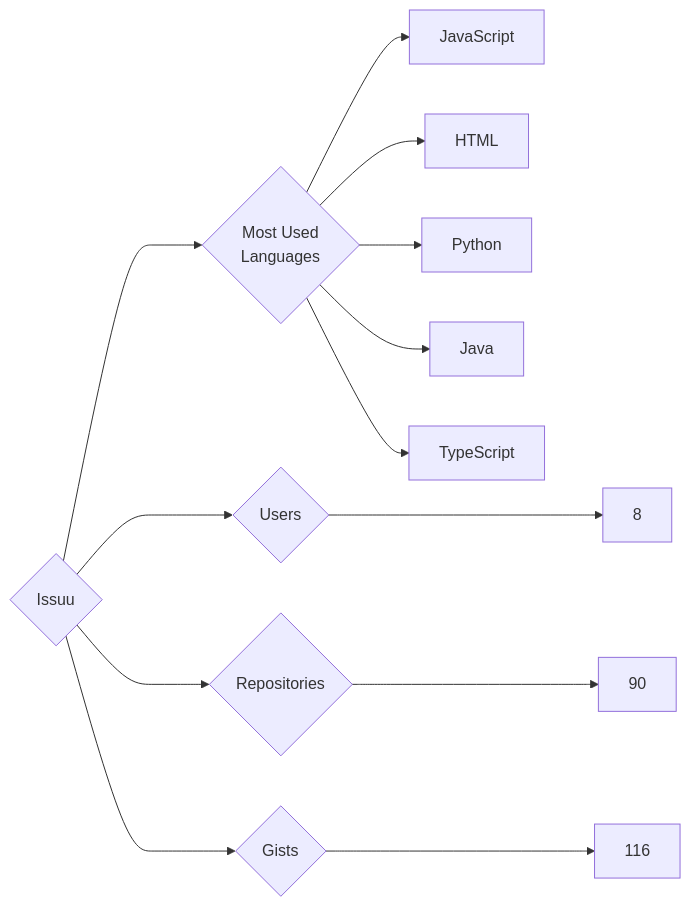
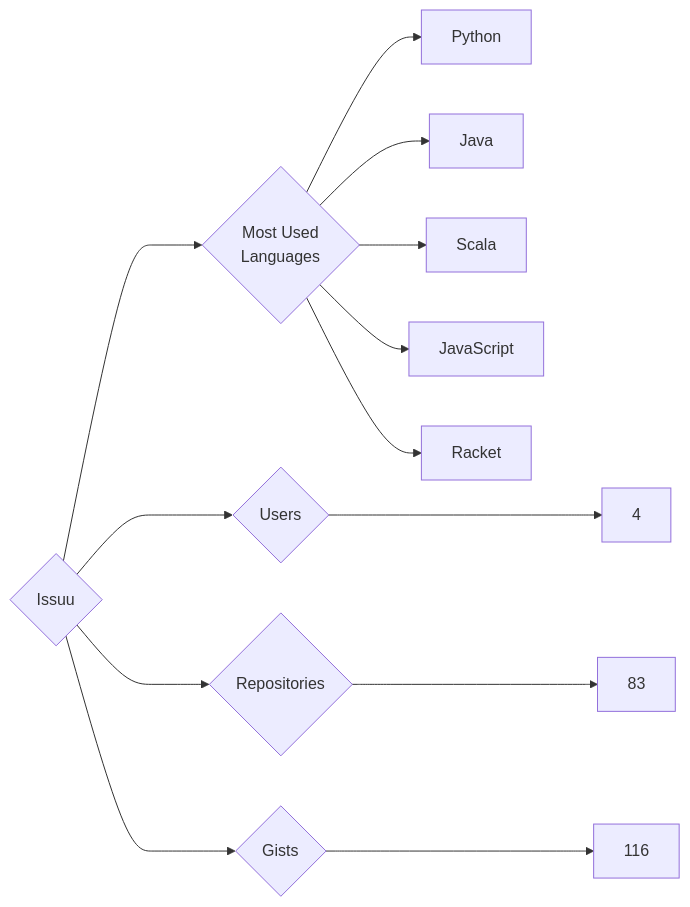
One commit to trickest/insiders changed the diagram in targets/Issuu/README.md. Above: the diagram before and after it, drawn with Mermaid. The commit also changed 676 other files, not shown here.

````diff
--- a/targets/Issuu/README.md
+++ b/targets/Issuu/README.md
@@ -3,13 +3,13 @@
 ```mermaid
 graph LR
 COMPANY_NAME{Issuu}
-COMPANY_NAME ---> U{Users} ---> UN[8]
-COMPANY_NAME ---> R{Repositories} ---> RN[90]
+COMPANY_NAME ---> U{Users} ---> UN[4]
+COMPANY_NAME ---> R{Repositories} ---> RN[83]
 COMPANY_NAME ---> G{Gists} ---> GN[116]
 COMPANY_NAME ---> ML{Most Used<br>Languages}
-ML --> JavaScript[JavaScript]
-ML --> HTML[HTML]
 ML --> Python[Python]
 ML --> Java[Java]
-ML --> TypeScript[TypeScript]
+ML --> Scala[Scala]
+ML --> JavaScript[JavaScript]
+ML --> Racket[Racket]
 ```
````
